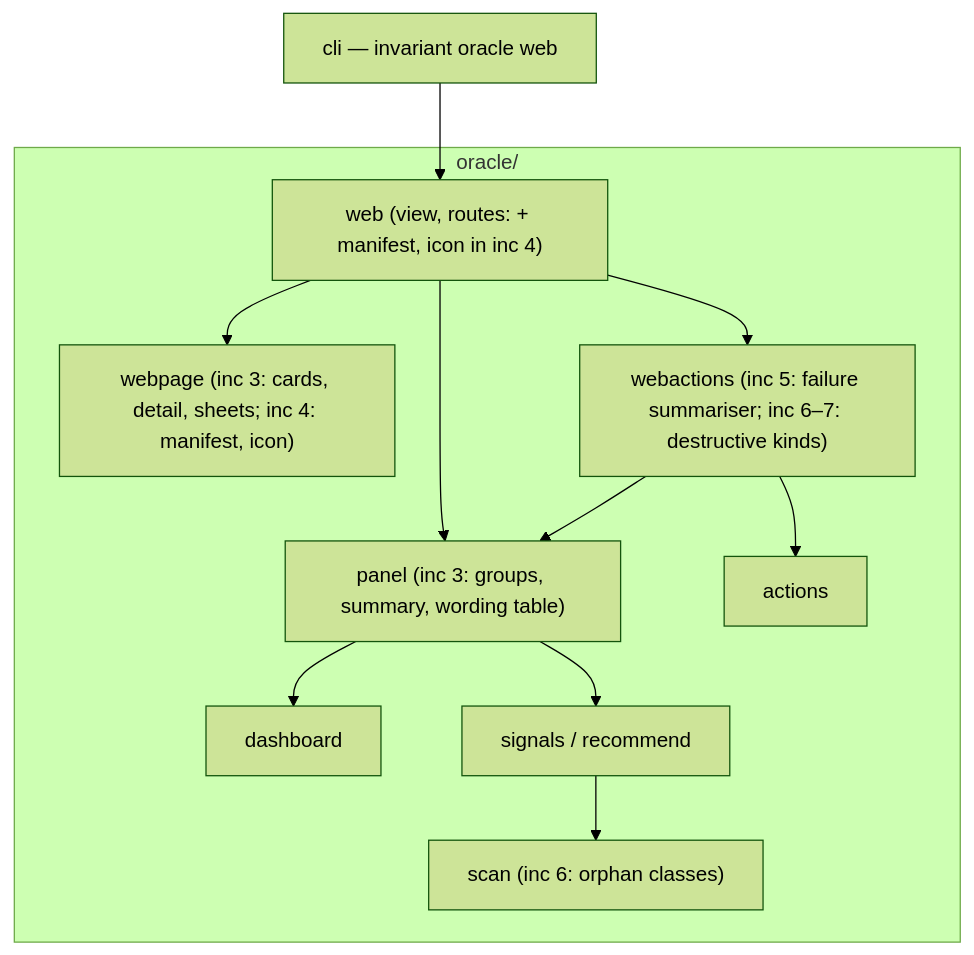
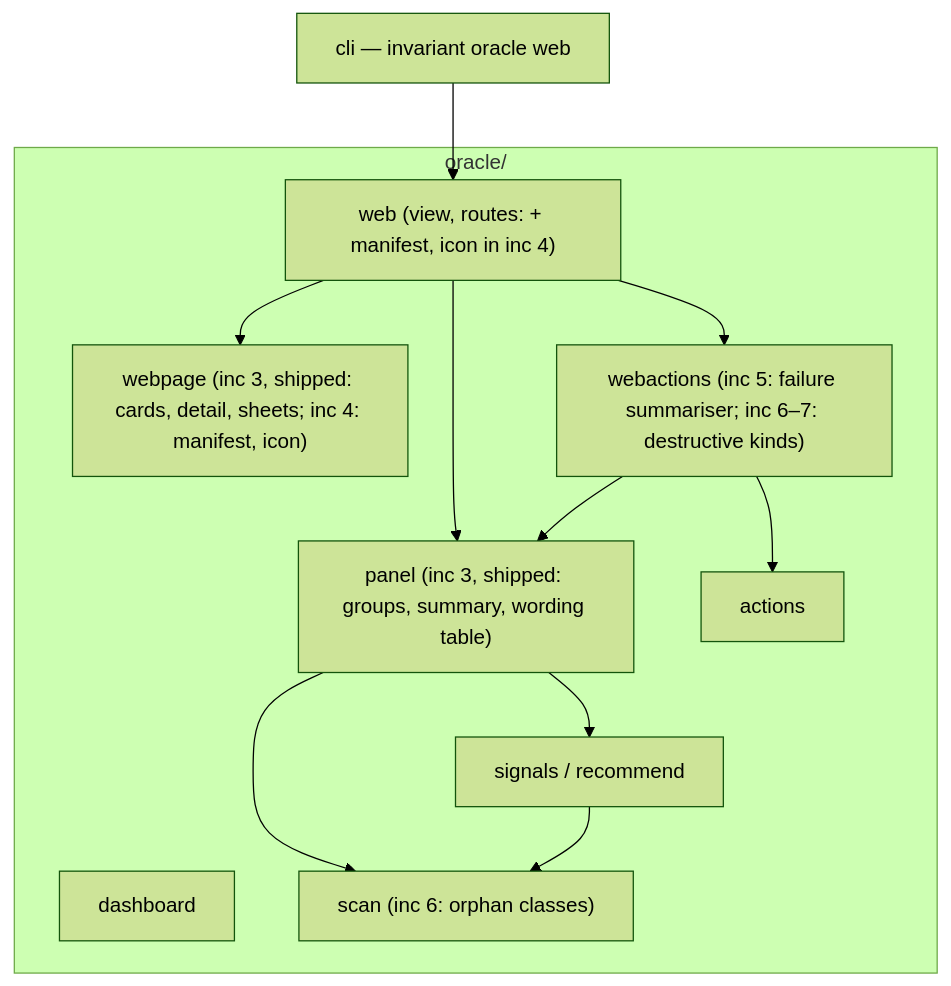
The first of 2 diagrams in docs/architecture/oracle-panel.md (Mindchallenges/Invariant), drawn with Mermaid (forest theme) before and after one commit. The commit also changed other lines of this file and 13 other files, not shown here.

First line of the commit message:
oracle - the web page becomes a plain-language control panel (IDEA_027 inc 3)

````diff
--- a/docs/architecture/oracle-panel.md
+++ b/docs/architecture/oracle-panel.md
@@ -33,23 +35,23 @@
 ```mermaid
 graph TD
     CLI[cli — invariant oracle web]
     subgraph oracle["oracle/"]
         WEB["web (view, routes: + manifest, icon in inc 4)"]
-        PANEL["panel (inc 3: groups, summary, wording table)"]
-        WEBPAGE["webpage (inc 3: cards, detail, sheets; inc 4: manifest, icon)"]
+        PANEL["panel (inc 3, shipped: groups, summary, wording table)"]
+        WEBPAGE["webpage (inc 3, shipped: cards, detail, sheets; inc 4: manifest, icon)"]
         WEBACT["webactions (inc 5: failure summariser; inc 6–7: destructive kinds)"]
         ACTIONS[actions]
         DASH[dashboard]
         SIGNALS["signals / recommend"]
         SCAN["scan (inc 6: orphan classes)"]
     end
     CLI --> WEB
     WEB --> PANEL
     WEB --> WEBPAGE
     WEB --> WEBACT
-    PANEL --> DASH
+    PANEL --> SCAN
     PANEL --> SIGNALS
     WEBACT --> PANEL
     WEBACT --> ACTIONS
     SIGNALS --> SCAN
 ```
````
